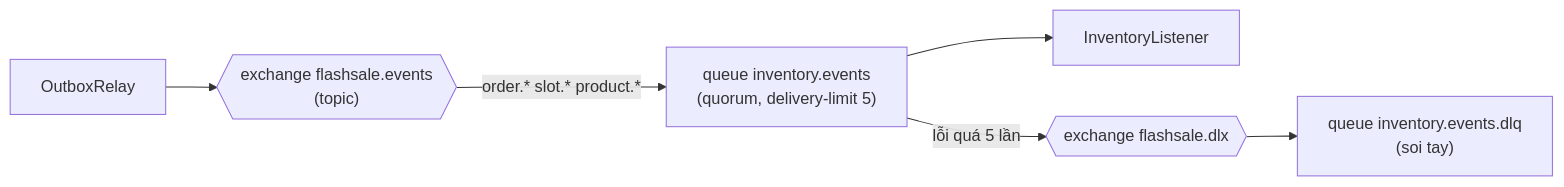
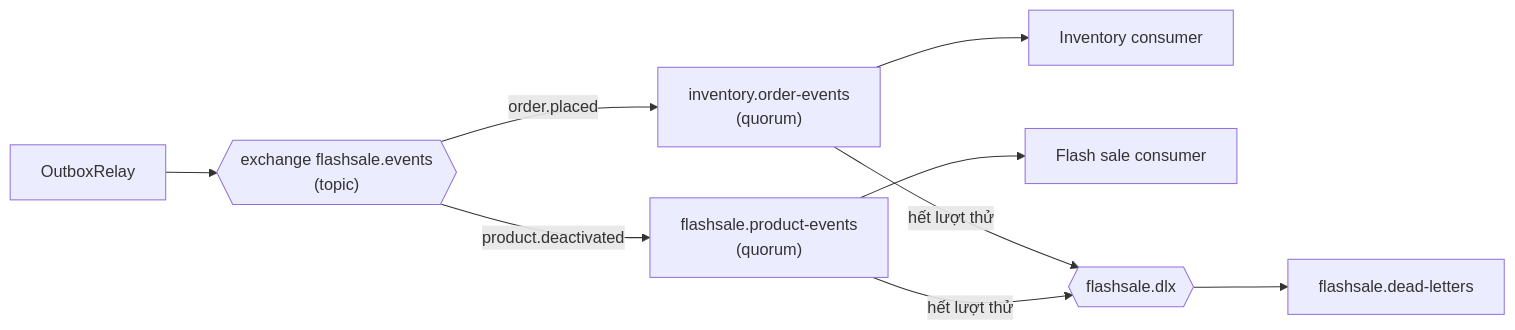
Before and after one commit to lebronjamesbe01-dev/flashsale-service: diagram 11 of 14 in docs/system-design.md, drawn with Mermaid. The commit also changed other lines of this file and 1 other file, not shown here.

````diff
--- a/docs/system-design.md
+++ b/docs/system-design.md
@@ -364,8 +377,11 @@
 ```mermaid
 flowchart LR
     P["OutboxRelay"] --> EX{{"exchange flashsale.events<br/>(topic)"}}
-    EX -- "order.* slot.* product.*" --> Q["queue inventory.events<br/>(quorum, delivery-limit 5)"]
-    Q --> L["InventoryListener"]
-    Q -- "lỗi quá 5 lần" --> DLX{{"exchange flashsale.dlx"}}
-    DLX --> DLQ["queue inventory.events.dlq<br/>(soi tay)"]
+    EX -- "order.placed" --> Q1["inventory.order-events<br/>(quorum)"]
+    EX -- "product.deactivated" --> Q2["flashsale.product-events<br/>(quorum)"]
+    Q1 --> L1["Inventory consumer"]
+    Q2 --> L2["Flash sale consumer"]
+    Q1 -- "hết lượt thử" --> DLX{{"flashsale.dlx"}}
+    Q2 -- "hết lượt thử" --> DLX
+    DLX --> DLQ["flashsale.dead-letters"]
 ```
````
